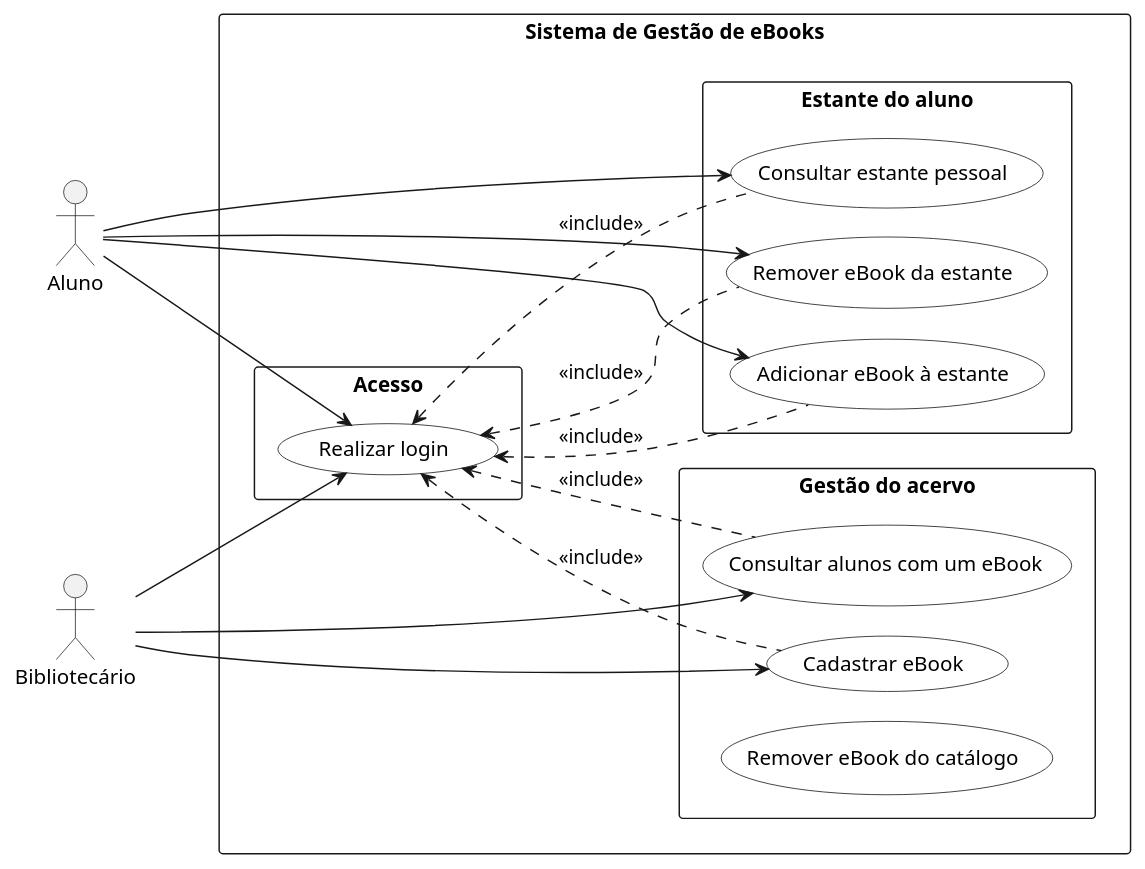
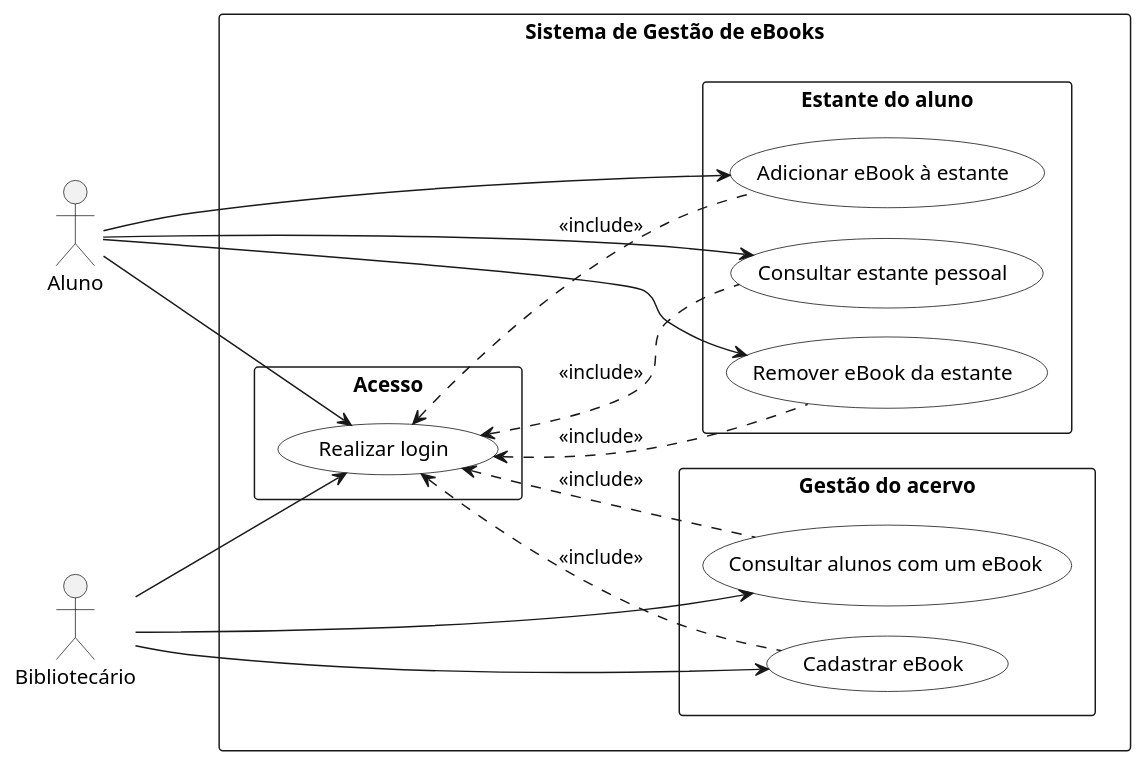
One commit to lucasnmc12/lab01-ebooks-biblioteca changed the diagram in docs/diagramas/casos-de-uso.puml. Above: the diagram before and after it, drawn with PlantUML.

Commit message:
UC diagram - Exclusão UC Remover eBook do catálogo

```diff
--- a/docs/diagramas/casos-de-uso.puml
+++ b/docs/diagramas/casos-de-uso.puml
@@ -1,64 +1,63 @@
 @startuml casos_de_uso_ebooks
 ' ---------------------------------------------------------------
 ' Sistema de Gestao de eBooks da Biblioteca Universitaria
 ' Lab01S01 - Diagrama de Casos de Uso
 '
 ' Responsaveis:
 '   Lucas Nogueira ..... UC07, UC08, UC09, UC10, UC11, UC12 (Bibliotecario)
 '   Pedro Resende ...... UC01, UC02, UC03, UC04, UC05, UC06 (Aluno / acesso)
 ' ---------------------------------------------------------------
 
 left to right direction
 skinparam packageStyle rectangle
 skinparam shadowing false
 skinparam nodesep 20
 skinparam ranksep 80
 skinparam usecase {
   BackgroundColor White
   BorderColor Black
 }
 
 actor "Aluno" as Aluno
 actor "Bibliotecário" as Bibliotecario
 
 rectangle "Sistema de Gestão de eBooks" {
 
   package "Acesso" {
     usecase "Realizar login" as UC01
   }
 
   package "Estante do aluno" {
     usecase "Adicionar eBook à estante" as UC02
     usecase "Remover eBook da estante" as UC03
     usecase "Consultar estante pessoal" as UC04
   }
 
   package "Gestão do acervo" {
     usecase "Cadastrar eBook" as UC07
     usecase "Consultar alunos com um eBook" as UC09
-    usecase "Remover eBook do catálogo" as UC12
   }
 }
 
 Aluno --> UC01
 Bibliotecario --> UC01
 
 Aluno --> UC02
 Aluno --> UC03
 Aluno --> UC04
 
 Bibliotecario --> UC07
 Bibliotecario --> UC09
 
 ' Login e incluido por todos os casos de uso que exigem usuario autenticado.
 ' A seta esta escrita como "UC01 <.. UCxx" apenas para o PlantUML posicionar
 ' o login proximo aos atores; a dependencia continua saindo de UCxx para UC01.
 UC01 <.. UC02 : <<include>>
 UC01 <.. UC03 : <<include>>
 UC01 <.. UC04 : <<include>>
 UC01 <.. UC07 : <<include>>
 UC01 <.. UC09 : <<include>>
 
 ' Extend: a remocao do catalogo so acontece quando o eBook nao alcanca
 ' o minimo de 3 alunos ao final do periodo de acesso.
 @enduml
```
